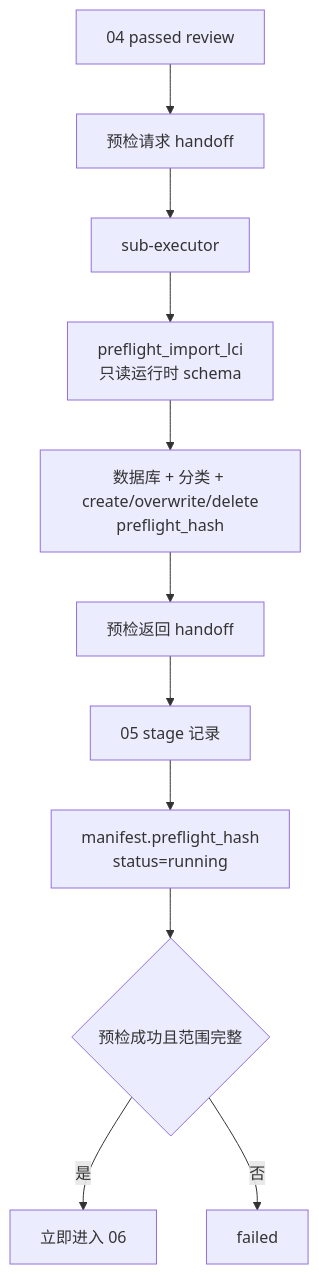
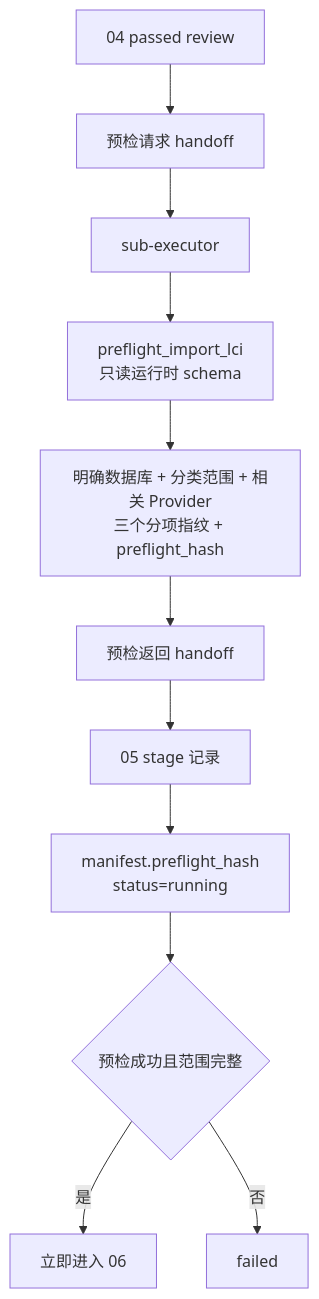
One commit to mrzed891194322/Harness-driven-LCA-dev-agents changed the diagram in harness/specs/05-openlca-preflight-confirmation/schema_mapping.md. Above: the diagram before and after it, drawn with Mermaid. The commit also changed other lines of this file and 40 other files, not shown here.

````diff
--- a/harness/specs/05-openlca-preflight-confirmation/schema_mapping.md
+++ b/harness/specs/05-openlca-preflight-confirmation/schema_mapping.md
@@ -9,18 +9,18 @@
 ```mermaid
 flowchart TD
     review["04 passed review"]
     request["预检请求 handoff"]
     executor["sub-executor"]
     preflight["preflight_import_lci<br/>只读运行时 schema"]
-    scope["数据库 + 分类 + create/overwrite/delete<br/>preflight_hash"]
+    scope["明确数据库 + 分类范围 + 相关 Provider<br/>三个分项指纹 + preflight_hash"]
     returned["预检返回 handoff"]
     stage["05 stage 记录"]
     manifest["manifest.preflight_hash<br/>status=running"]
     ok{"预检成功且范围完整"}
     next["立即进入 06"]
     stop["failed"]
 
     review --> request --> executor --> preflight --> scope --> returned --> stage --> manifest --> ok
     ok -->|是| next
     ok -->|否| stop
 ```
````
